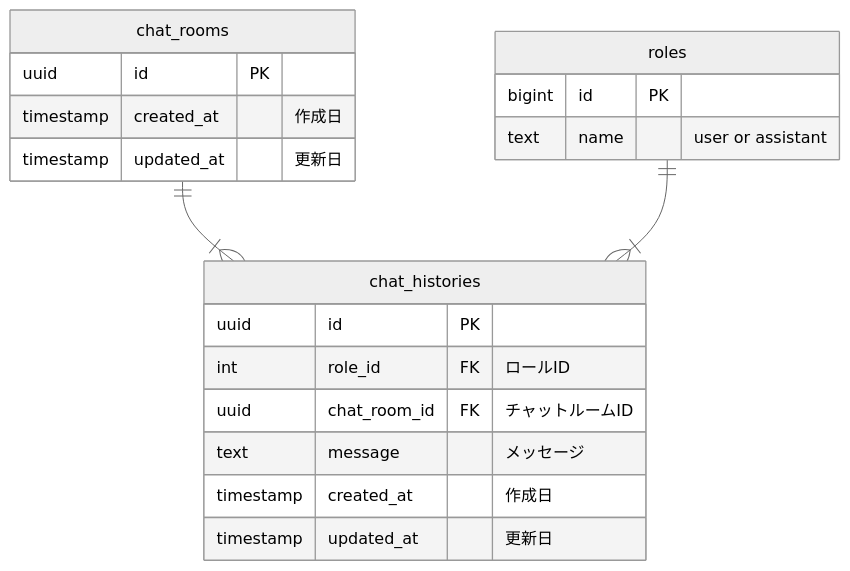
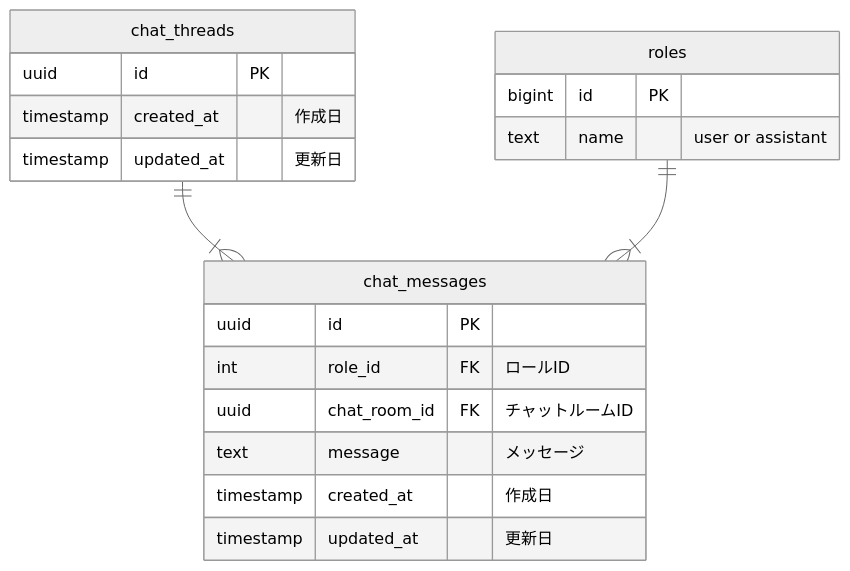
The diagram in documents/er.md (nakajima97/llm-chat-app-server), drawn with Mermaid (neutral theme) before and after one commit. The commit also changed 9 other files, not shown here.

````diff
--- a/documents/er.md
+++ b/documents/er.md
@@ -1,27 +1,27 @@
 ```mermaid
 erDiagram
 
-chat_rooms ||--|{ chat_histories : ""
-roles ||--|{ chat_histories : ""
+chat_threads ||--|{ chat_messages : ""
+roles ||--|{ chat_messages : ""
 
 roles {
   bigint id PK
   text name "user or assistant"
 }
 
-chat_histories {
+chat_messages {
   uuid id PK
   int role_id FK "ロールID"
   uuid chat_room_id FK "チャットルームID"
   text message "メッセージ"
   timestamp created_at "作成日"
   timestamp updated_at "更新日"
 }
 
-chat_rooms {
+chat_threads {
   uuid id PK
   timestamp created_at "作成日"
   timestamp updated_at "更新日"
 }
 
 ```
````
